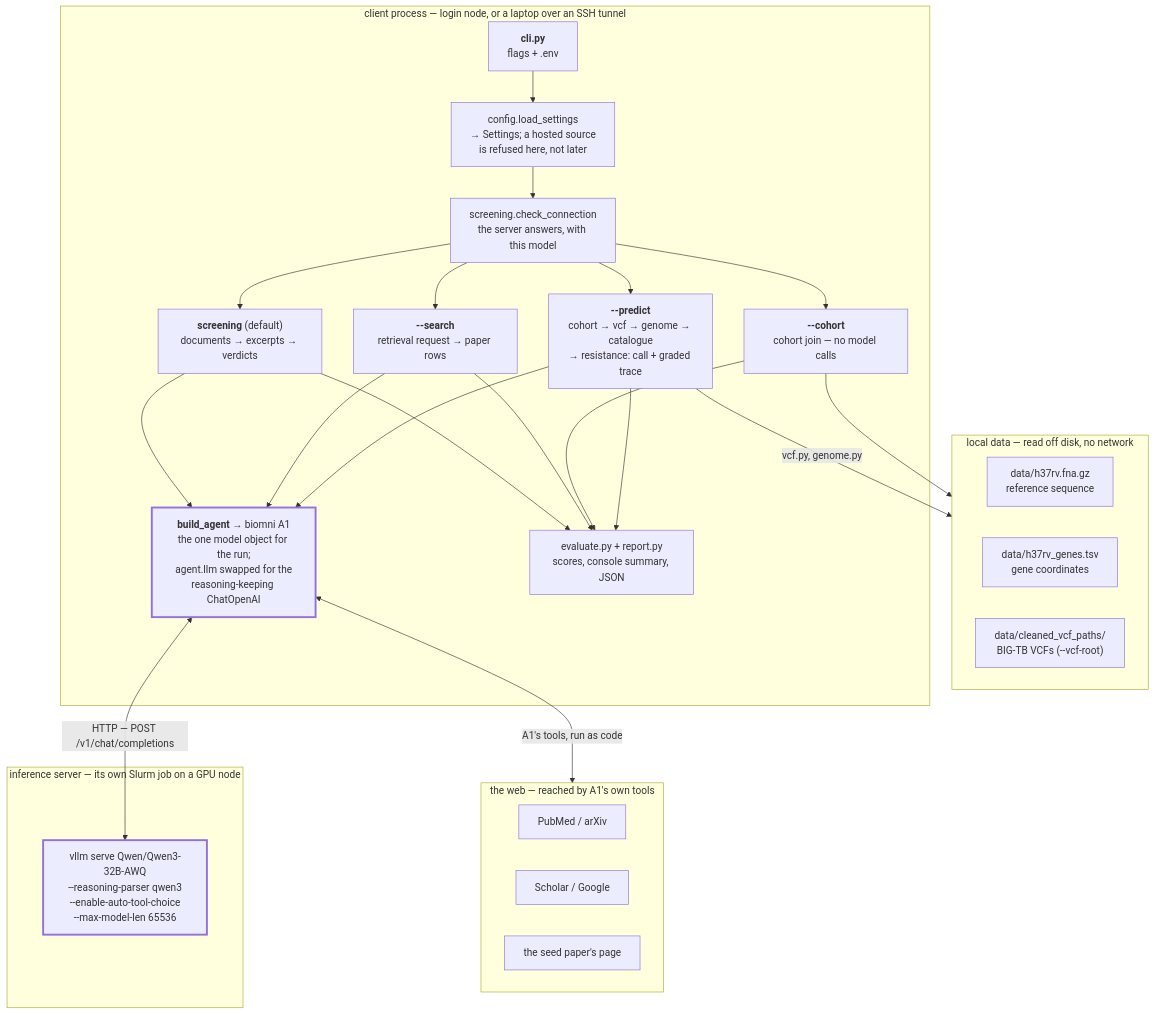
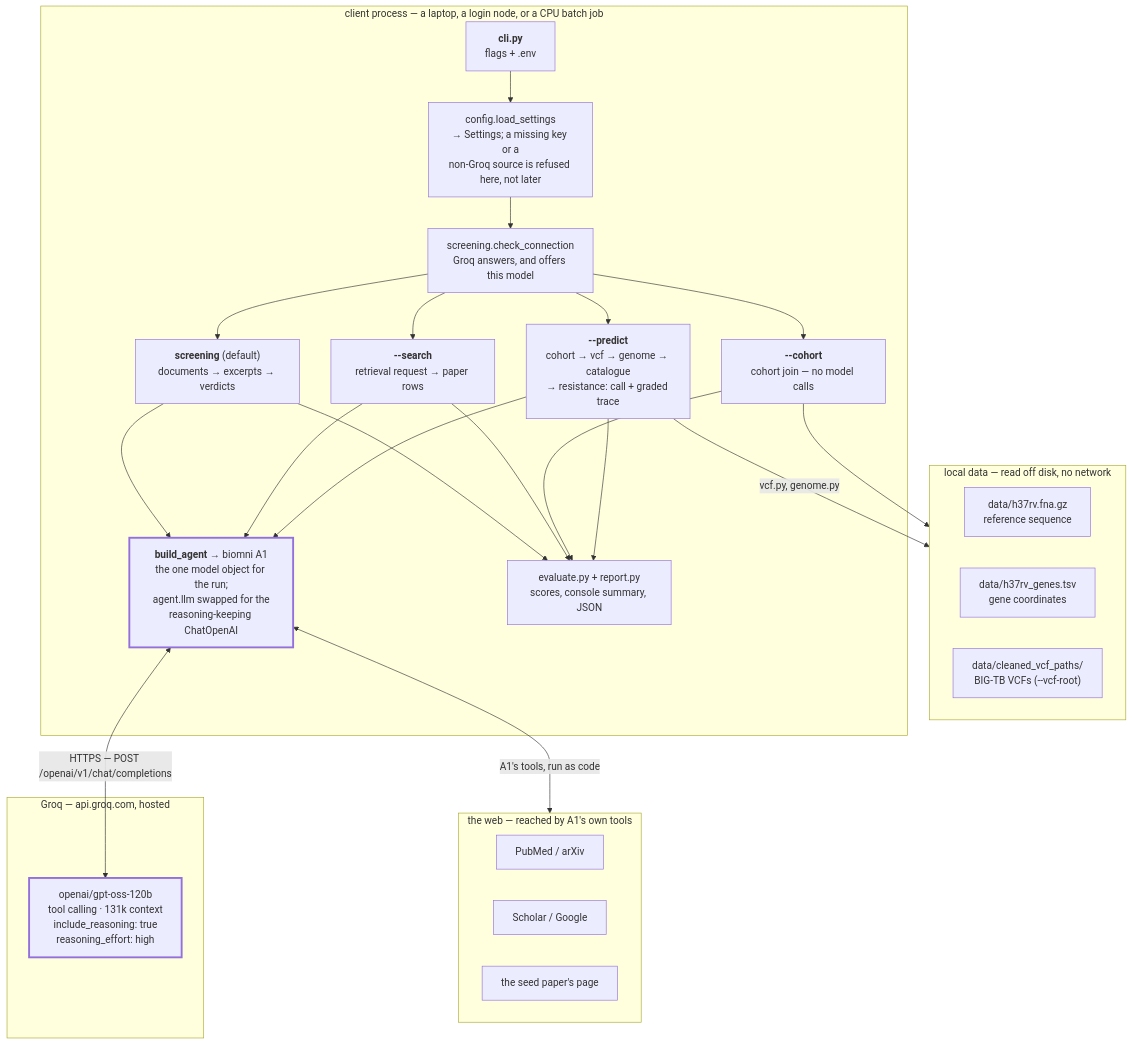
Before and after one commit to sagnikc395/tb-agentic-search: the first of 2 diagrams in README.md, drawn with Mermaid. The commit also changed other lines of this file and 21 other files, not shown here.

````diff
--- a/README.md
+++ b/README.md
@@ -387,51 +432,51 @@
 ```mermaid
 flowchart TB
     subgraph ext["the web — reached by A1's own tools"]
         direction LR
         PM["PubMed / arXiv"]
         SCH["Scholar / Google"]
         URL["the seed paper's page"]
     end
 
     subgraph disk["local data — read off disk, no network"]
         direction LR
         REF["data/h37rv.fna.gz<br/>reference sequence"]
         GENES["data/h37rv_genes.tsv<br/>gene coordinates"]
         VCF["data/cleaned_vcf_paths/<br/>BIG-TB VCFs (--vcf-root)"]
     end
 
-    subgraph client["client process — login node, or a laptop over an SSH tunnel"]
+    subgraph client["client process — a laptop, a login node, or a CPU batch job"]
         CLI["<b>cli.py</b><br/>flags + .env"]
-        CFG["config.load_settings<br/>→ Settings; a hosted source<br/>is refused here, not later"]
-        CHK["screening.check_connection<br/>the server answers, with this model"]
+        CFG["config.load_settings<br/>→ Settings; a missing key or a<br/>non-Groq source is refused here, not later"]
+        CHK["screening.check_connection<br/>Groq answers, and offers this model"]
 
         SCREEN["<b>screening</b> (default)<br/>documents → excerpts → verdicts"]
         SEARCH["<b>--search</b><br/>retrieval request → paper rows"]
         COHORT["<b>--cohort</b><br/>cohort join — no model calls"]
         PREDICT["<b>--predict</b><br/>cohort → vcf → genome → catalogue<br/>→ resistance: call + graded trace"]
 
         MODEL["<b>build_agent</b> → biomni A1<br/>the one model object for the run;<br/>agent.llm swapped for the<br/>reasoning-keeping ChatOpenAI"]
         REPORT["evaluate.py + report.py<br/>scores, console summary, JSON"]
     end
 
-    subgraph server["inference server — its own Slurm job on a GPU node"]
-        VLLM["vllm serve Qwen/Qwen3-32B-AWQ<br/>--reasoning-parser qwen3<br/>--enable-auto-tool-choice<br/>--max-model-len 65536"]
+    subgraph server["Groq — api.groq.com, hosted"]
+        GROQ["openai/gpt-oss-120b<br/>tool calling · 131k context<br/>include_reasoning: true<br/>reasoning_effort: high"]
     end
 
     CLI --> CFG --> CHK
     CHK --> SCREEN & SEARCH & COHORT & PREDICT
     MODEL <-->|"A1's tools, run as code"| ext
     PREDICT -->|"vcf.py, genome.py"| disk
     COHORT --> disk
     SCREEN --> MODEL
     SEARCH --> MODEL
     PREDICT --> MODEL
-    MODEL <-->|"HTTP — POST /v1/chat/completions"| VLLM
+    MODEL <-->|"HTTPS — POST /openai/v1/chat/completions"| GROQ
     SCREEN --> REPORT
     SEARCH --> REPORT
     COHORT --> REPORT
     PREDICT --> REPORT
 
     classDef boundary stroke-width:3px
-    class MODEL,VLLM boundary
+    class MODEL,GROQ boundary
 ```
````
